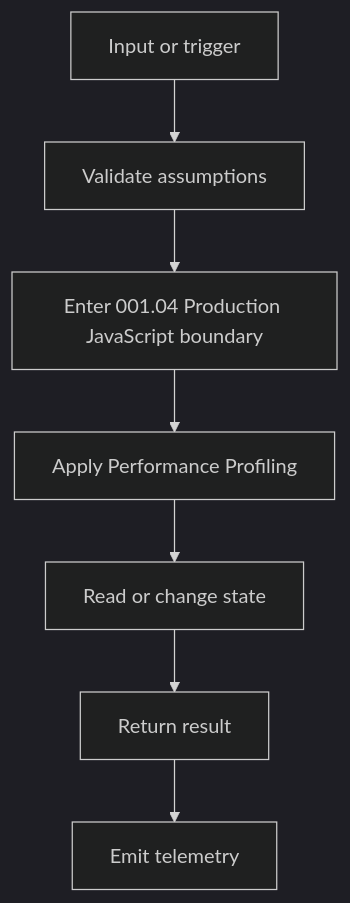
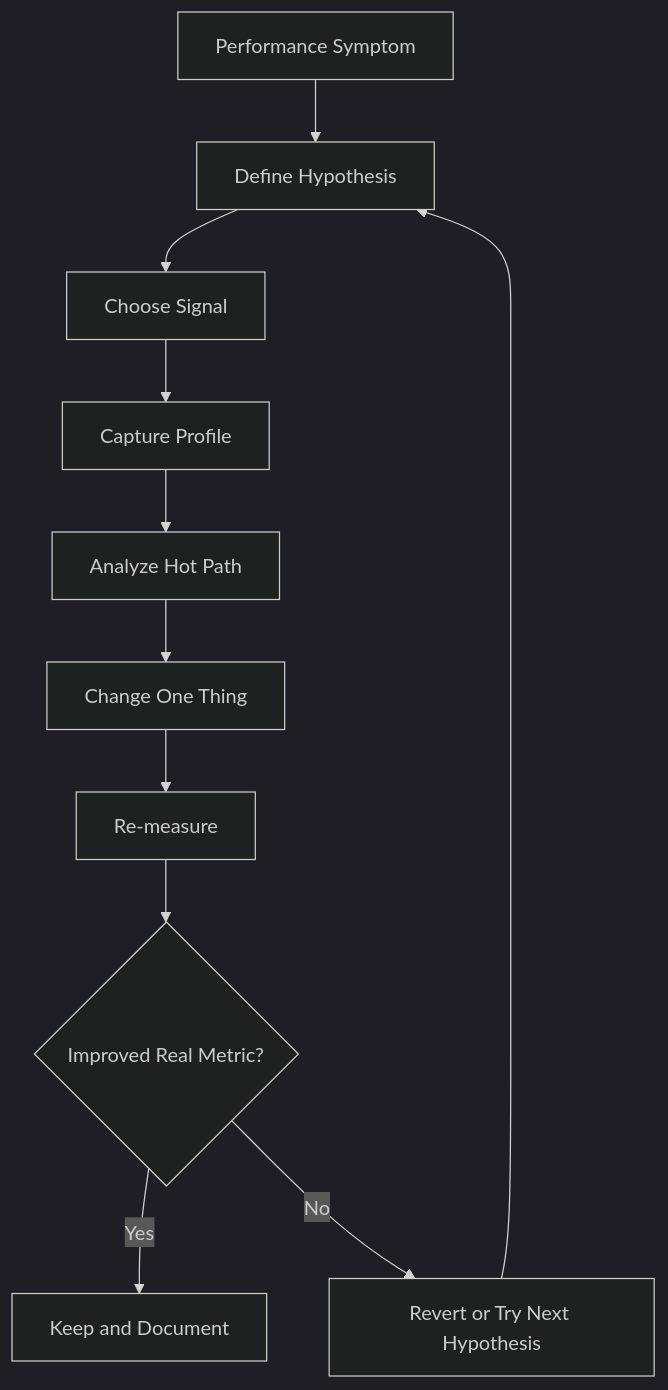
One commit to AjayPrajapat/Interview changed the first of 6 diagrams in 001. JavaScript Core/001.04 Production JavaScript/001.04.02 Performance Profiling/README.md. Above: the diagram before and after it, drawn with Mermaid (dark theme). The commit also changed other lines of this file and 5 other files, not shown here.

````diff
--- a/001. JavaScript Core/001.04 Production JavaScript/001.04.02 Performance Profiling/README.md
+++ b/001. JavaScript Core/001.04 Production JavaScript/001.04.02 Performance Profiling/README.md
@@ -453,9 +213,13 @@
 ```mermaid
 flowchart TD
-  A[Input or trigger] --> B[Validate assumptions]
-  B --> C[Enter 001.04 Production JavaScript boundary]
-  C --> D[Apply Performance Profiling]
-  D --> E[Read or change state]
-  E --> F[Return result]
-  F --> G[Emit telemetry]
+  A["Performance Symptom"] --> B["Define Hypothesis"]
+  B --> C["Choose Signal"]
+  C --> D["Capture Profile"]
+  D --> E["Analyze Hot Path"]
+  E --> F["Change One Thing"]
+  F --> G["Re-measure"]
+  G --> H{"Improved Real Metric?"}
+  H -->|Yes| I["Keep and Document"]
+  H -->|No| J["Revert or Try Next Hypothesis"]
+  J --> B
 ```
````
